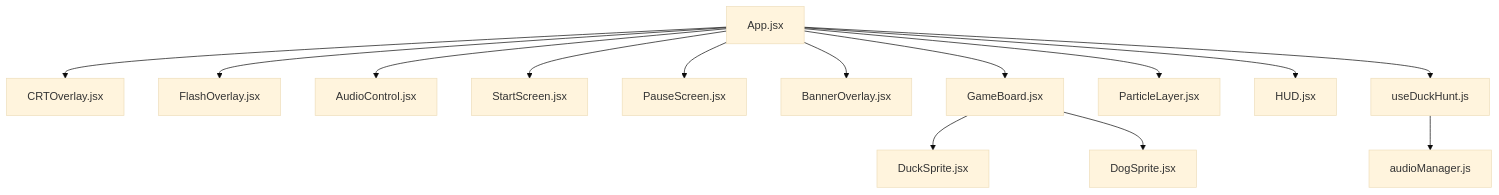
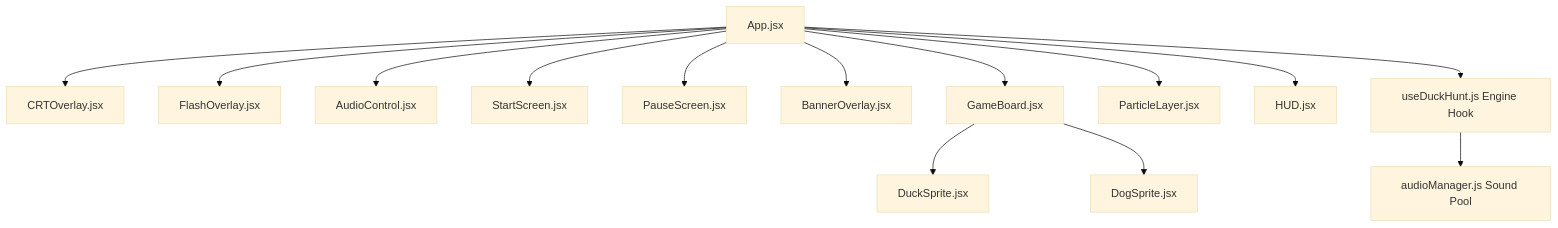
The diagram in README.md (Mr-Prince2/duck-hunt), drawn with Mermaid (base theme) before and after one commit. The commit also changed other lines of this file, not shown here.

Commit message:
docs: elevate README to professional standard with badges, comparison matrix, and architecture diagrams

````diff
--- a/README.md
+++ b/README.md
@@ -100,18 +104,18 @@
 ```mermaid
 graph TD
     App[App.jsx] --> CRT[CRTOverlay.jsx]
     App --> Flash[FlashOverlay.jsx]
-    App --> Audio[AudioControl.jsx]
+    App --> Controls[AudioControl.jsx]
     App --> Start[StartScreen.jsx]
     App --> Pause[PauseScreen.jsx]
     App --> Banner[BannerOverlay.jsx]
     App --> Board[GameBoard.jsx]
     App --> Particles[ParticleLayer.jsx]
     App --> HUD[HUD.jsx]
-    
+
     Board --> Duck[DuckSprite.jsx]
     Board --> Dog[DogSprite.jsx]
-    
-    App --> Hook[useDuckHunt.js]
-    Hook --> AudioMgr[audioManager.js]
+
+    App --> Hook[useDuckHunt.js Engine Hook]
+    Hook --> AudioMgr[audioManager.js Sound Pool]
 ```
````
